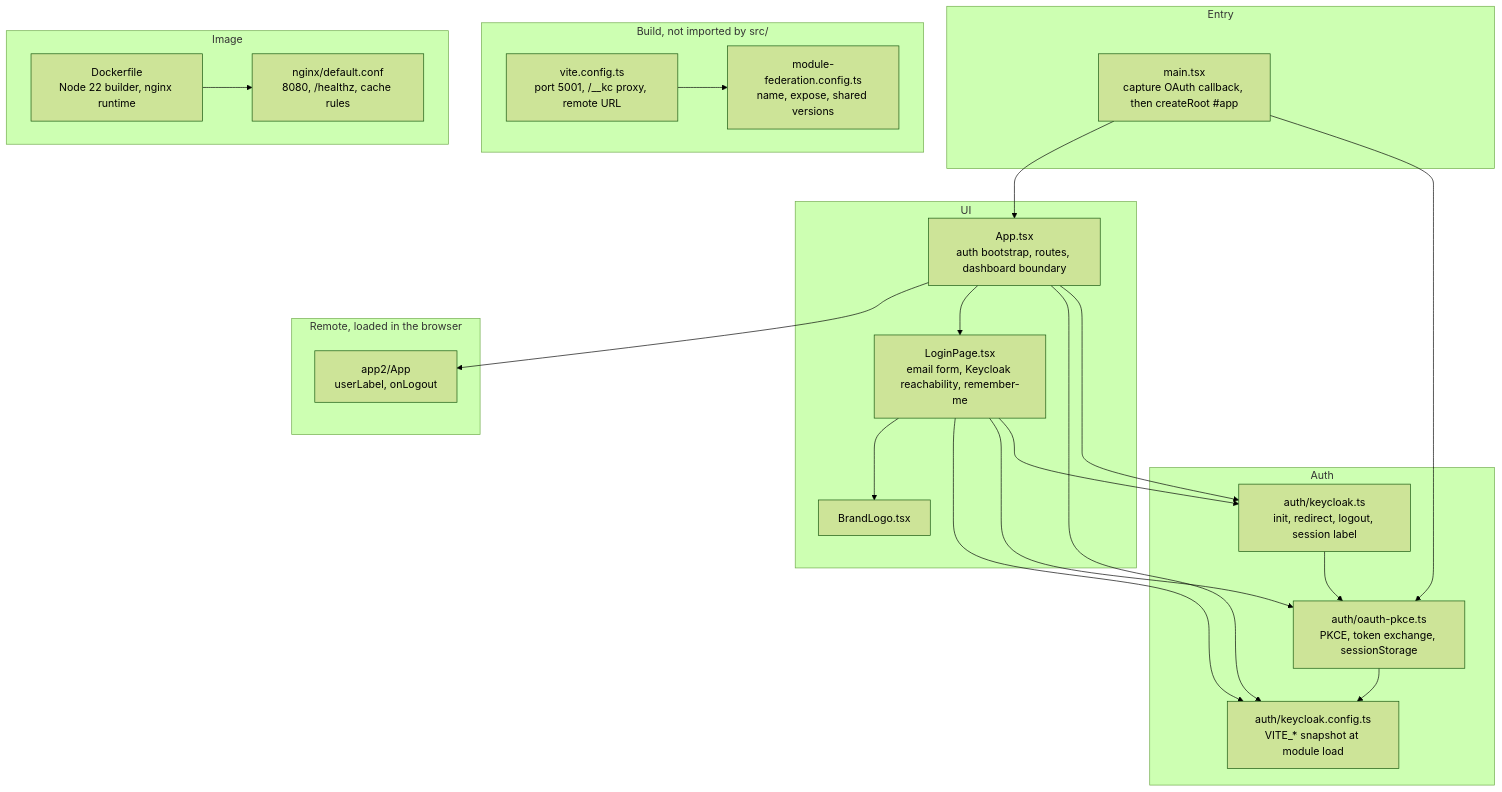
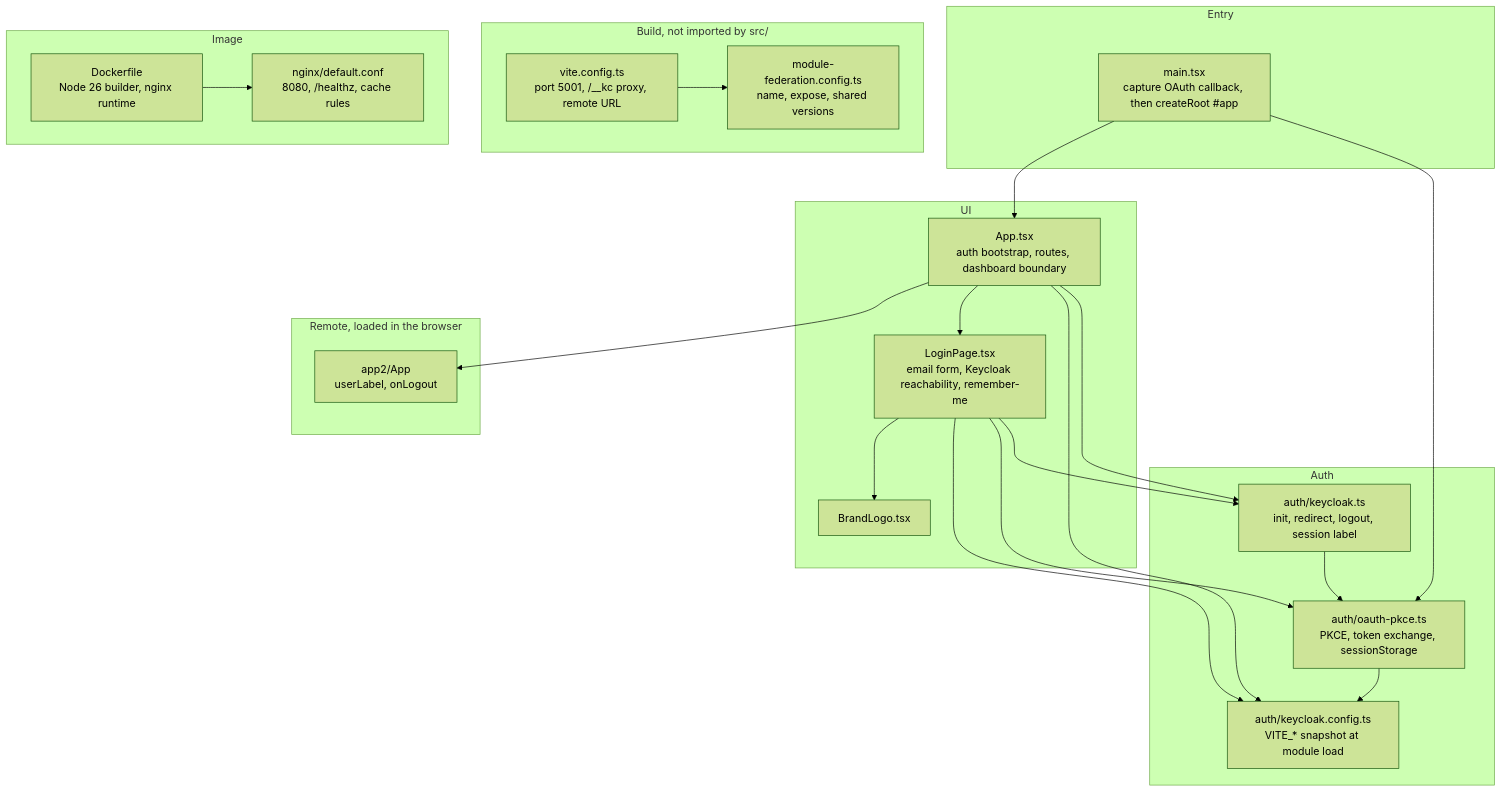
The diagram in docs/architecture/mermaid/layer-model.mmd (BCBP-SOLUTIONS-FZC-LLC/web-shell), drawn with Mermaid (forest theme) before and after one commit. The commit also changed 12 other files, not shown here.

```diff
--- a/docs/architecture/mermaid/layer-model.mmd
+++ b/docs/architecture/mermaid/layer-model.mmd
@@ -1,45 +1,45 @@
 graph TD
     subgraph entry["Entry"]
         main["main.tsx\ncapture OAuth callback, then createRoot #app"]
     end
 
     subgraph ui["UI"]
         app["App.tsx\nauth bootstrap, routes, dashboard boundary"]
         login["LoginPage.tsx\nemail form, Keycloak reachability, remember-me"]
         logo["BrandLogo.tsx"]
     end
 
     subgraph auth["Auth"]
         facade["auth/keycloak.ts\ninit, redirect, logout, session label"]
         pkce["auth/oauth-pkce.ts\nPKCE, token exchange, sessionStorage"]
         config["auth/keycloak.config.ts\nVITE_* snapshot at module load"]
     end
 
     subgraph remote["Remote, loaded in the browser"]
         app2["app2/App\nuserLabel, onLogout"]
     end
 
     subgraph build["Build, not imported by src/"]
         vite["vite.config.ts\nport 5001, /__kc proxy, remote URL"]
         mf["module-federation.config.ts\nname, expose, shared versions"]
     end
 
     subgraph image["Image"]
         nginx["nginx/default.conf\n8080, /healthz, cache rules"]
-        docker["Dockerfile\nNode 22 builder, nginx runtime"]
+        docker["Dockerfile\nNode 26 builder, nginx runtime"]
     end
 
     main --> pkce
     main --> app
     app --> facade
     app --> config
     app --> login
     app --> app2
     login --> facade
     login --> pkce
     login --> config
     login --> logo
     facade --> pkce
     pkce --> config
     vite --> mf
     docker --> nginx
```
